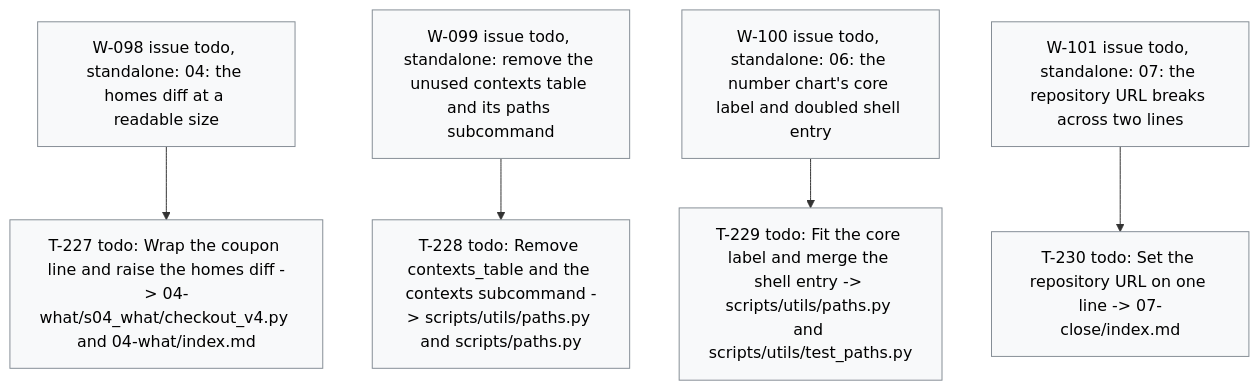
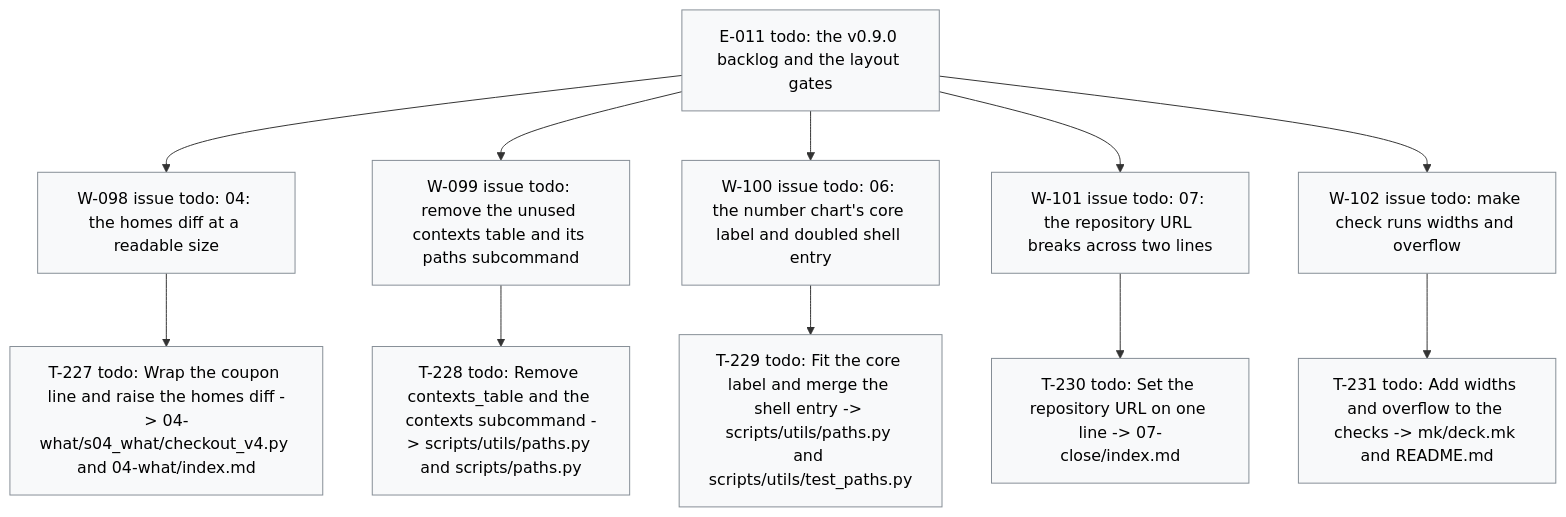
One commit to dpopchev/chaos-to-simple changed the diagram in .board/BOARD.md. Above: the diagram before and after it, drawn with Mermaid. The commit also changed other lines of this file and 8 other files, not shown here.

Commit message:
chore(board): plan E-011 -- the v0.9.0 backlog and the layout gates under one burn

````diff
--- a/.board/BOARD.md
+++ b/.board/BOARD.md
@@ -592,17 +594,20 @@
 ```mermaid
 flowchart TD
-  W098["W-098 issue todo, standalone: 04: the homes diff at a readable size"]
+  E011["E-011 todo: the v0.9.0 backlog and the layout gates"]
+  E011 --> W098["W-098 issue todo: 04: the homes diff at a readable size"]
   W098 --> T227["T-227 todo: Wrap the coupon line and raise the homes diff -> 04-what/s04_what/checkout_v4.py and 04-what/index.md"]
-  W099["W-099 issue todo, standalone: remove the unused contexts table and its paths subcommand"]
+  E011 --> W099["W-099 issue todo: remove the unused contexts table and its paths subcommand"]
   W099 --> T228["T-228 todo: Remove contexts_table and the contexts subcommand -> scripts/utils/paths.py and scripts/paths.py"]
-  W100["W-100 issue todo, standalone: 06: the number chart's core label and doubled shell entry"]
+  E011 --> W100["W-100 issue todo: 06: the number chart's core label and doubled shell entry"]
   W100 --> T229["T-229 todo: Fit the core label and merge the shell entry -> scripts/utils/paths.py and scripts/utils/test_paths.py"]
-  W101["W-101 issue todo, standalone: 07: the repository URL breaks across two lines"]
+  E011 --> W101["W-101 issue todo: 07: the repository URL breaks across two lines"]
   W101 --> T230["T-230 todo: Set the repository URL on one line -> 07-close/index.md"]
+  E011 --> W102["W-102 issue todo: make check runs widths and overflow"]
+  W102 --> T231["T-231 todo: Add widths and overflow to the checks -> mk/deck.mk and README.md"]
   classDef doing fill:#fff3bf,stroke:#b58900,color:#000;
   classDef blocked fill:#ffe3e3,stroke:#c92a2a,color:#000;
   classDef done fill:#e6ffed,stroke:#2b8a3e,color:#000;
   classDef todo fill:#f8f9fa,stroke:#868e96,color:#000;
   classDef pruned fill:#f1f3f5,stroke:#adb5bd,color:#000;
-  class W098,T227,W099,T228,W100,T229,W101,T230 todo
+  class E011,W098,T227,W099,T228,W100,T229,W101,T230,W102,T231 todo
 ```
````
